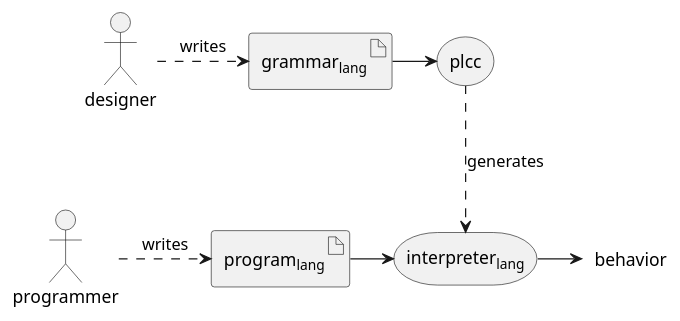
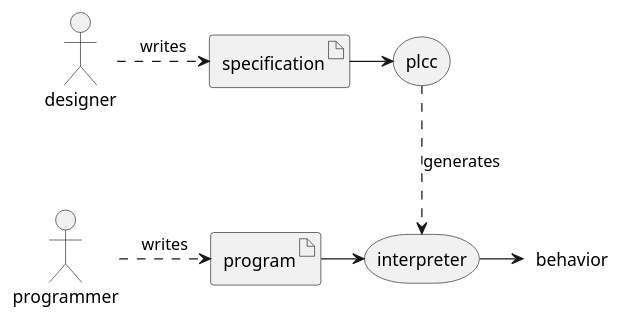
One commit to ourPLCC/course-materials-ng changed the first of 3 diagrams in textbook/01-overview.md. Above: the diagram before and after it, drawn with PlantUML. The commit also changed other lines of this file, not shown here.

Commit message:
docs: Replace "grammar" with "specification"

````diff
--- a/textbook/01-overview.md
+++ b/textbook/01-overview.md
@@ -22,29 +22,29 @@
 ```plantuml
 @startuml
 actor designer
 actor programmer
 
-artifact grammar [
-    grammar<sub>lang</sub>
+artifact specification [
+    specification
 ]
 
 storage plcc
 
 storage interpreter [
-    interpreter<sub>lang</sub>
+    interpreter
 ]
 
 artifact program [
-    program<sub>lang</sub>
+    program
 ]
 
 label behavior
 
-designer .> grammar : writes
-grammar -> plcc
+designer .> specification : writes
+specification -> plcc
 plcc ..> interpreter :generates
 program -> interpreter
 interpreter -> behavior
 programmer .> program : writes
 @enduml
 ```
````
